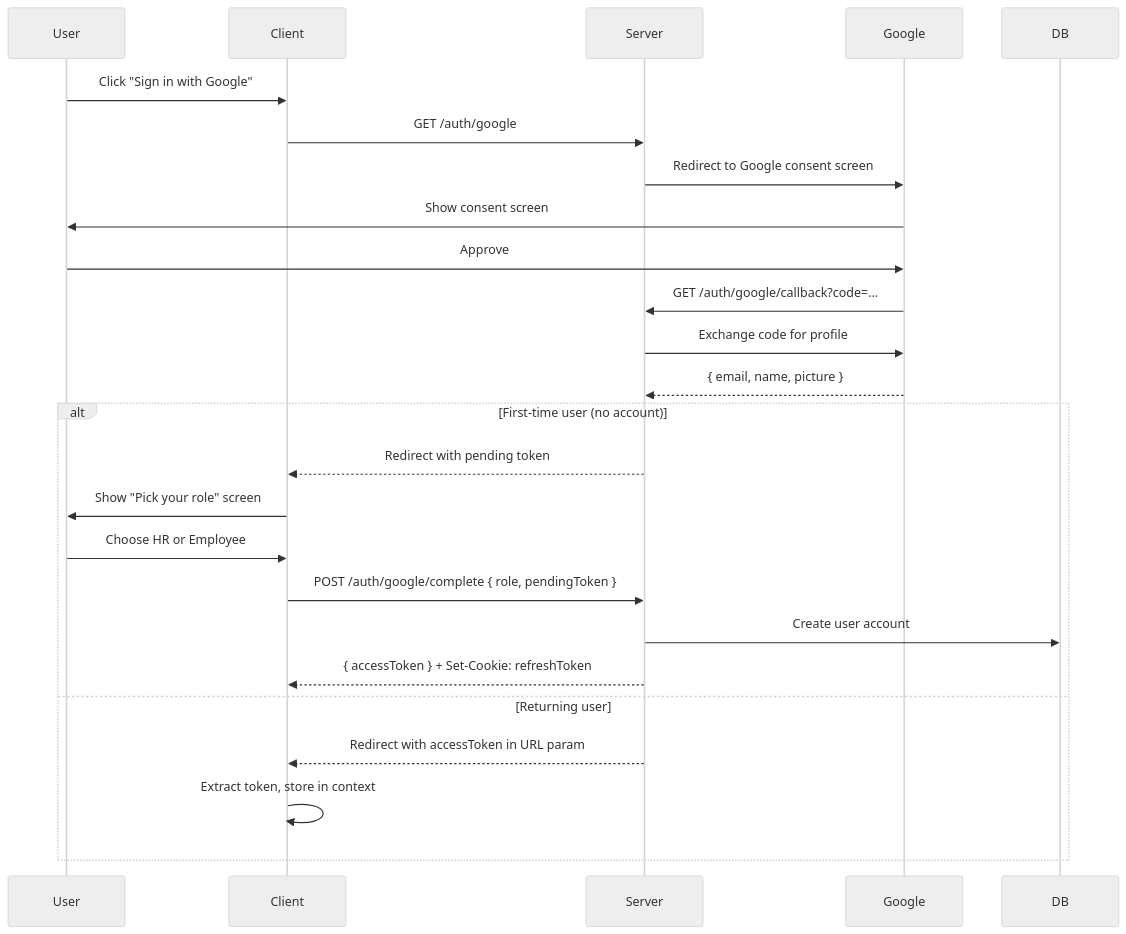
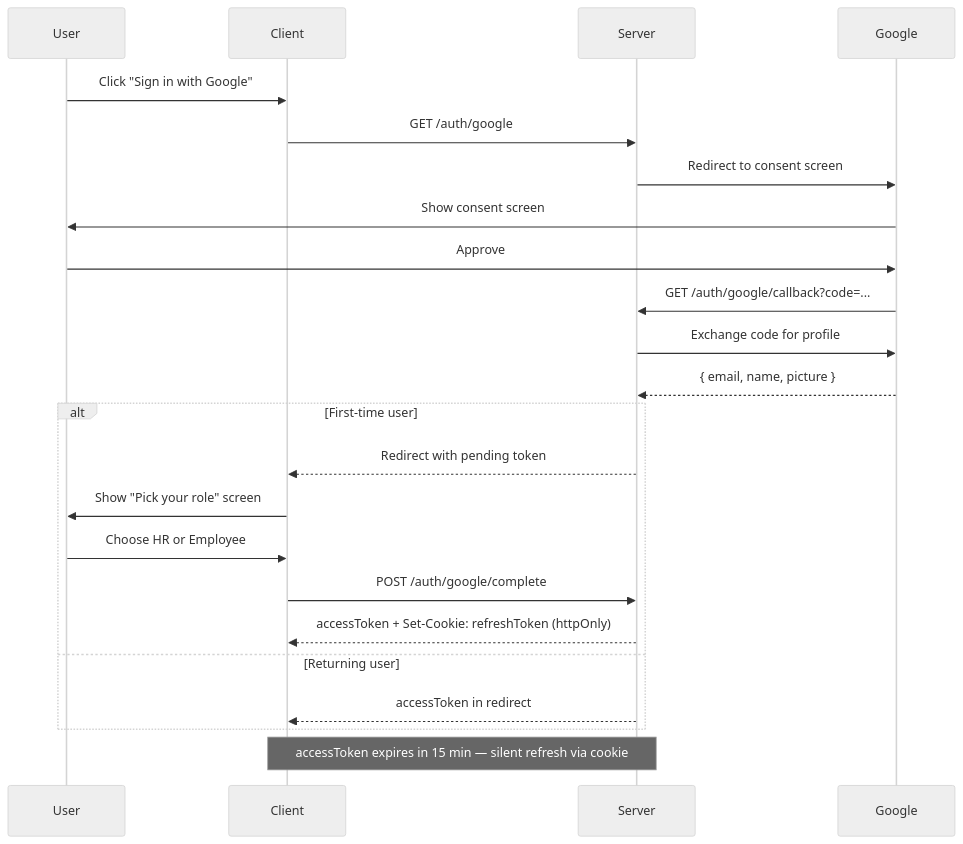
One commit to venunisandhan/DocuSense changed the second of 4 diagrams in README.md. Above: the diagram before and after it, drawn with Mermaid (neutral theme). The commit also changed other lines of this file, not shown here.

Commit message:
docs: trim README to 4 essential diagrams

````diff
--- a/README.md
+++ b/README.md
@@ -130,28 +84,28 @@
 ```mermaid
 sequenceDiagram
     participant U as User
     participant C as Client
     participant S as Server
     participant G as Google
 
     U->>C: Click "Sign in with Google"
     C->>S: GET /auth/google
-    S->>G: Redirect to Google consent screen
+    S->>G: Redirect to consent screen
     G->>U: Show consent screen
     U->>G: Approve
     G->>S: GET /auth/google/callback?code=...
     S->>G: Exchange code for profile
     G-->>S: { email, name, picture }
 
-    alt First-time user (no account)
+    alt First-time user
         S-->>C: Redirect with pending token
         C->>U: Show "Pick your role" screen
         U->>C: Choose HR or Employee
-        C->>S: POST /auth/google/complete { role, pendingToken }
-        S->>DB: Create user account
-        S-->>C: { accessToken } + Set-Cookie: refreshToken
+        C->>S: POST /auth/google/complete
+        S-->>C: accessToken + Set-Cookie: refreshToken (httpOnly)
     else Returning user
-        S-->>C: Redirect with accessToken in URL param
-        C->>C: Extract token, store in context
+        S-->>C: accessToken in redirect
     end
+
+    Note over C,S: accessToken expires in 15 min — silent refresh via cookie
 ```
````
